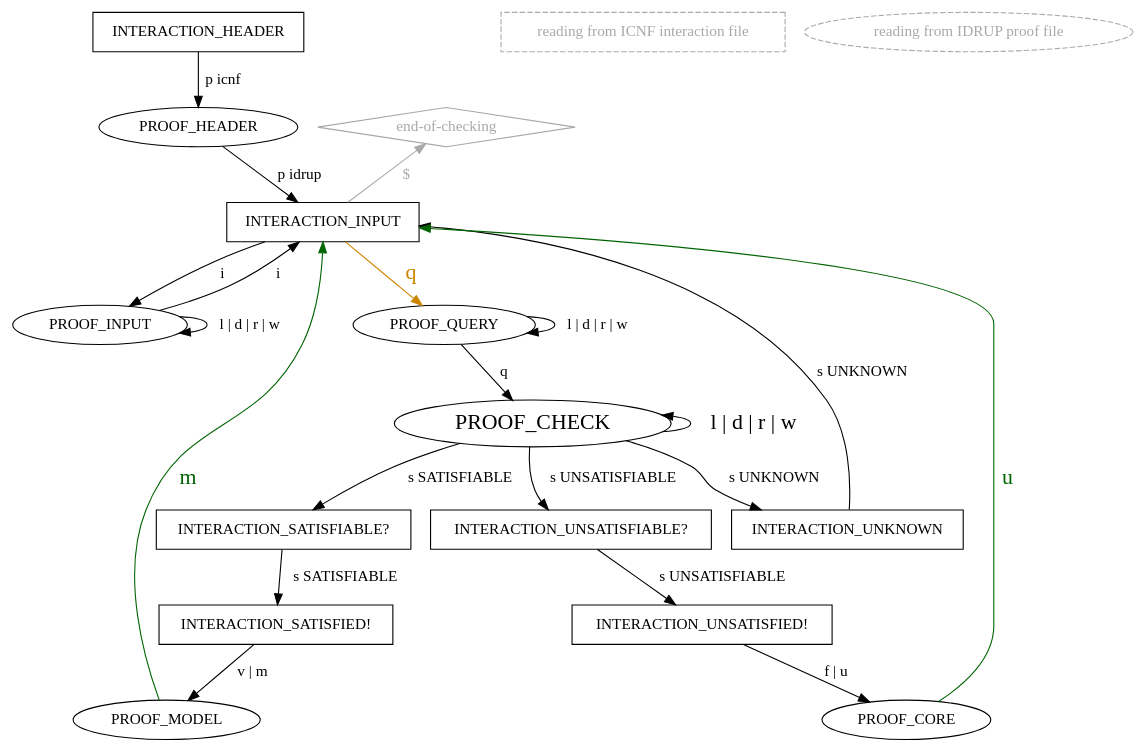
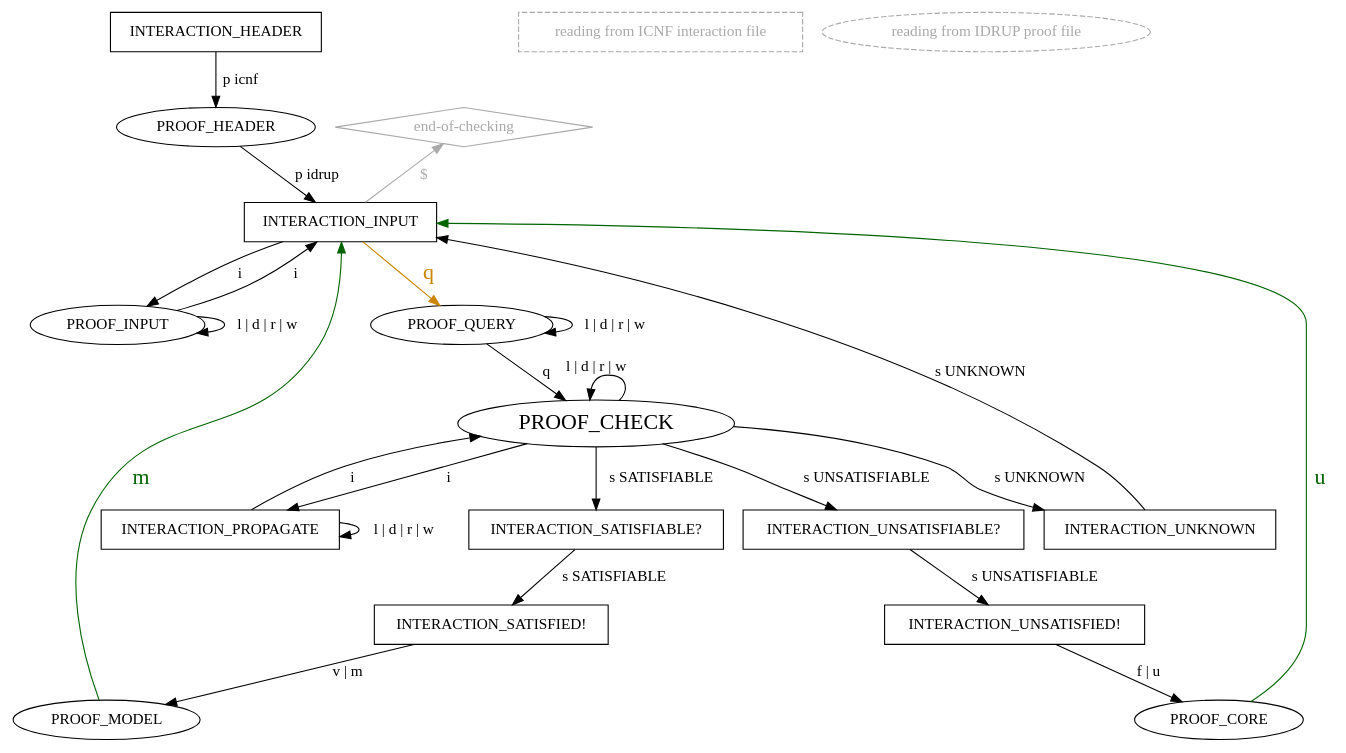
One commit to arminbiere/lidrup-check changed the diagram in lidrup-check-pedantic-clear.dot. Above: the diagram before and after it, drawn with Graphviz. The commit also changed 11 other files, not shown here.

```diff
--- a/lidrup-check-pedantic-clear.dot
+++ b/lidrup-check-pedantic-clear.dot
@@ -1,51 +1,55 @@
 digraph "idrup-check" {
 
   INTERACTION_HEADER [shape=box];
   INTERACTION_HEADER -> PROOF_HEADER [label=" p icnf",weight=2];
 
   empty_legend1 [label="                     ",style=invis]
   icnf_legend
   [shape=box,color=darkgray,fontcolor=darkgray,style=dashed,label="reading from ICNF interaction file"]
-  //empty_legend2 [label="      ",style=invis]
   idrup_legend
   [style=dashed,color=darkgray,fontcolor=darkgray,label="reading from IDRUP proof file"]
 
   "end-of-checking" [shape=diamond,color=darkgray,fontcolor=darkgray];
    "end-of-checking" -> INTERACTION_INPUT [label="  $    ",dir=back,fontcolor=darkgray,color=darkgray];
 
   PROOF_HEADER -> INTERACTION_INPUT [label=" p idrup"]
 
   INTERACTION_INPUT [shape=box];
   INTERACTION_INPUT -> PROOF_INPUT [label=" i ",weight=2];
   INTERACTION_INPUT -> PROOF_QUERY [label=" q ",weight=2,color=orange3,fontsize=20,fontcolor=orange3];
 
   PROOF_INPUT -> INTERACTION_INPUT [label=" i ",weight=3];
   PROOF_INPUT -> PROOF_INPUT [label=" l | d | r | w"];
 
   PROOF_QUERY -> PROOF_CHECK [label=" q "];
   PROOF_QUERY -> PROOF_QUERY [label=" l | d | r | w"];
 
   PROOF_CHECK [fontsize=20];
-  PROOF_CHECK -> PROOF_CHECK [label=" l | d | r | w ",dir=back,fontsize=20];
+  PROOF_CHECK:_ -> PROOF_CHECK:ne [label=" l | d | r | w ",dir=back];
+  PROOF_CHECK -> INTERACTION_PROPAGATE [label=" i "];
   PROOF_CHECK -> INTERACTION_SATISFIABLE [label=" s SATISFIABLE "];
   PROOF_CHECK -> INTERACTION_UNSATISFIABLE [label=" s UNSATISFIABLE "];
   PROOF_CHECK -> INTERACTION_UNKNOWN [label=" s UNKNOWN ",weight=2];
+
+  INTERACTION_PROPAGATE [shape="box"];
+  INTERACTION_PROPAGATE -> PROOF_CHECK [label=" i "];
+  INTERACTION_PROPAGATE -> INTERACTION_PROPAGATE [label=" l | d | r | w "];
 
   INTERACTION_UNSATISFIABLE [shape="box",label="INTERACTION_UNSATISFIABLE?"];
   INTERACTION_UNSATISFIABLE -> INTERACTION_UNSATISFIED [label=" s UNSATISFIABLE "];
 
   INTERACTION_SATISFIABLE [shape="box",label="INTERACTION_SATISFIABLE?"];
   INTERACTION_SATISFIABLE -> INTERACTION_SATISFIED [label=" s SATISFIABLE "];
 
   INTERACTION_SATISFIED [shape=box,label="INTERACTION_SATISFIED!"];
   INTERACTION_SATISFIED -> PROOF_MODEL [label=" v | m "];
 
   INTERACTION_UNSATISFIED [shape=box,label="INTERACTION_UNSATISFIED!"];
   INTERACTION_UNSATISFIED -> PROOF_CORE [label=" f | u "];
 
   INTERACTION_UNKNOWN [shape=box];
   INTERACTION_UNKNOWN -> INTERACTION_INPUT [label="s UNKNOWN",weight=2];
 
   PROOF_MODEL -> INTERACTION_INPUT [label=" m ",color=darkgreen,fontsize=20,fontcolor=darkgreen];
   PROOF_CORE -> INTERACTION_INPUT [label=" u ",color=darkgreen,fontsize=20,fontcolor=darkgreen];
 }
```
